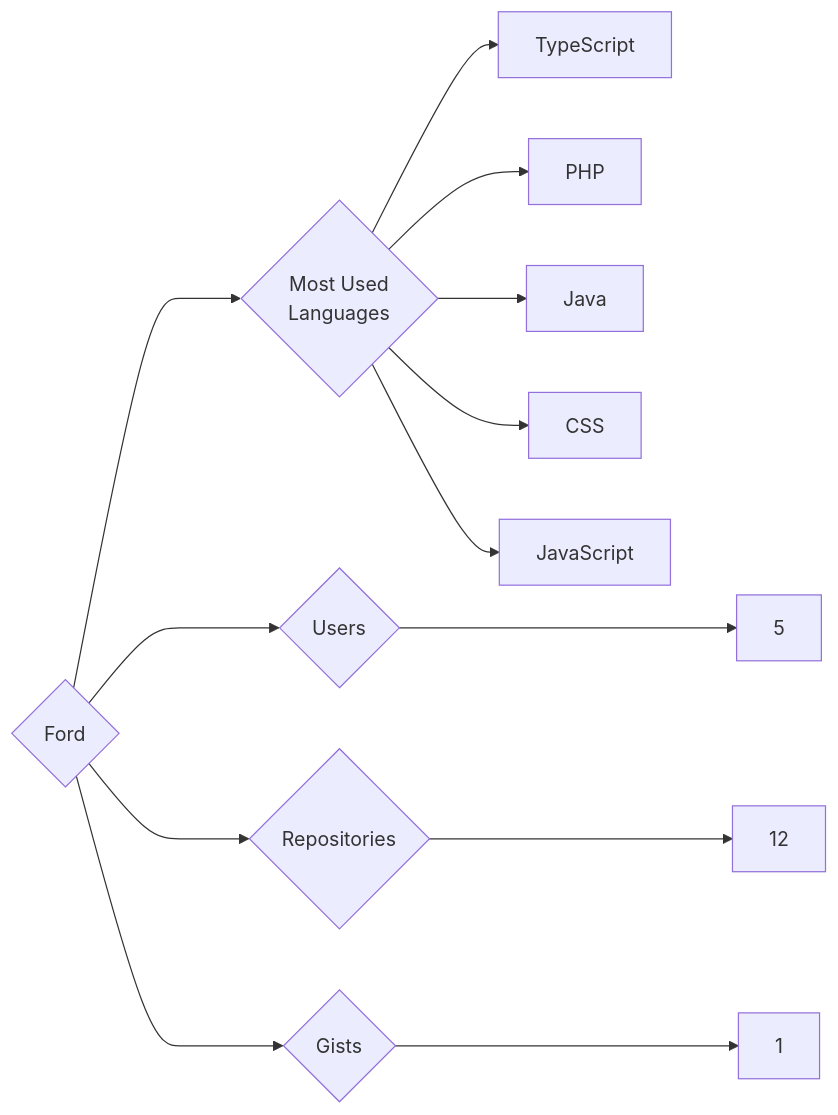
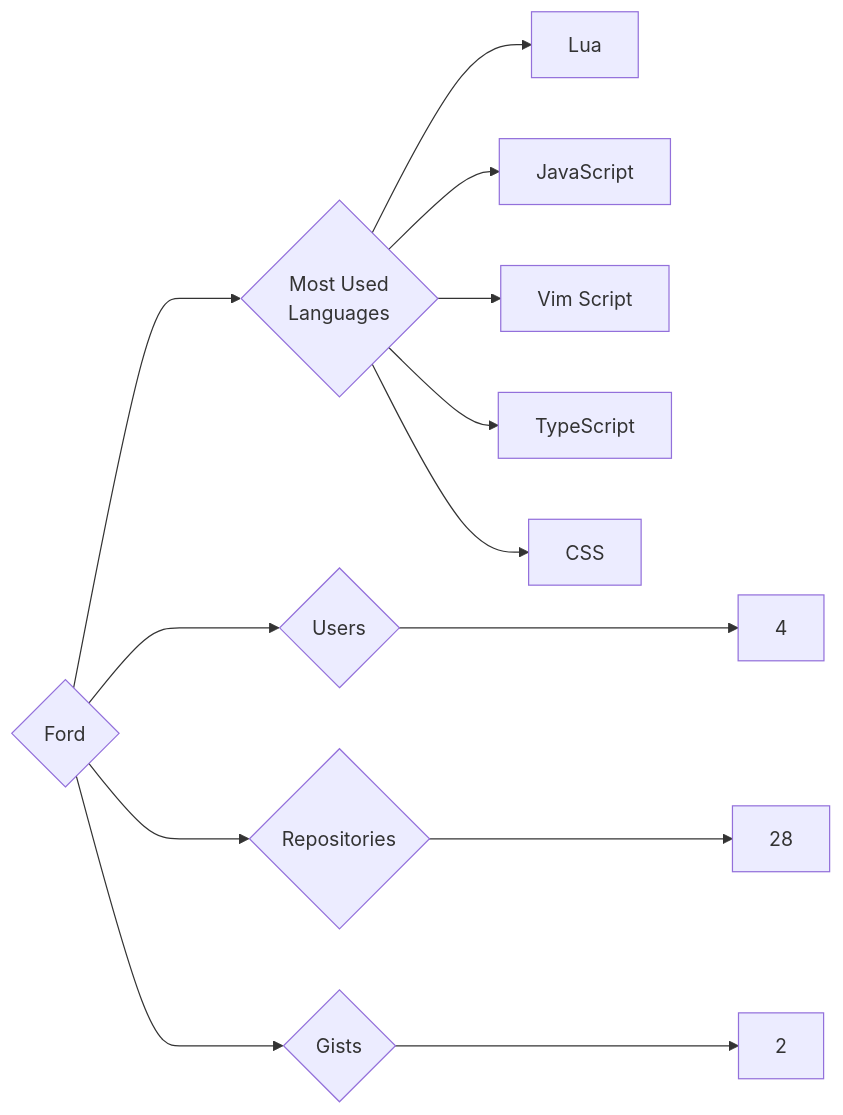
Before and after one commit to trickest/insiders: the diagram in targets/Ford/README.md, drawn with Mermaid. The commit also changed 985 other files, not shown here.

````diff
--- a/targets/Ford/README.md
+++ b/targets/Ford/README.md
@@ -3,13 +3,13 @@
 ```mermaid
 graph LR
 COMPANY_NAME{Ford}
-COMPANY_NAME ---> U{Users} ---> UN[5]
-COMPANY_NAME ---> R{Repositories} ---> RN[12]
-COMPANY_NAME ---> G{Gists} ---> GN[1]
+COMPANY_NAME ---> U{Users} ---> UN[4]
+COMPANY_NAME ---> R{Repositories} ---> RN[28]
+COMPANY_NAME ---> G{Gists} ---> GN[2]
 COMPANY_NAME ---> ML{Most Used<br>Languages}
+ML --> Lua[Lua]
+ML --> JavaScript[JavaScript]
+ML --> Vim_Script[Vim Script]
 ML --> TypeScript[TypeScript]
-ML --> PHP[PHP]
-ML --> Java[Java]
 ML --> CSS[CSS]
-ML --> JavaScript[JavaScript]
 ```
````
